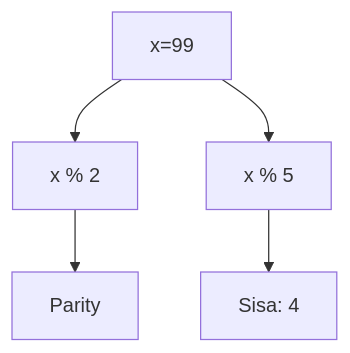
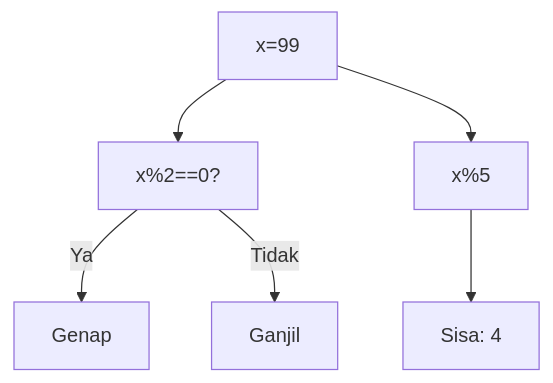
Before and after one commit to amnahwaida/OSNK_INF_PREP: diagram 11 of 25 in part-c-pemahaman-cpp/06-bitwise/latihan/set-10.md, drawn with Mermaid. The commit also changed other lines of this file and 71 other files, not shown here.

Commit message:
Fixed Mermaid syntax lexical errors with quoted labels in 1,800 questions

````diff
--- a/part-c-pemahaman-cpp/06-bitwise/latihan/set-10.md
+++ b/part-c-pemahaman-cpp/06-bitwise/latihan/set-10.md
@@ -381,7 +350,8 @@
 ```mermaid
 graph TD
-A[x=99] --> B[x % 2]
-B --> C[Parity]
-A --> D[x % 5]
-D --> E[Sisa: 4]
+A["x=99"] --> B["x%2==0?"]
+B -- Ya --> C["Genap"]
+B -- Tidak --> D["Ganjil"]
+A --> E["x%5"]
+E --> F["Sisa: 4"]
 ```
````
